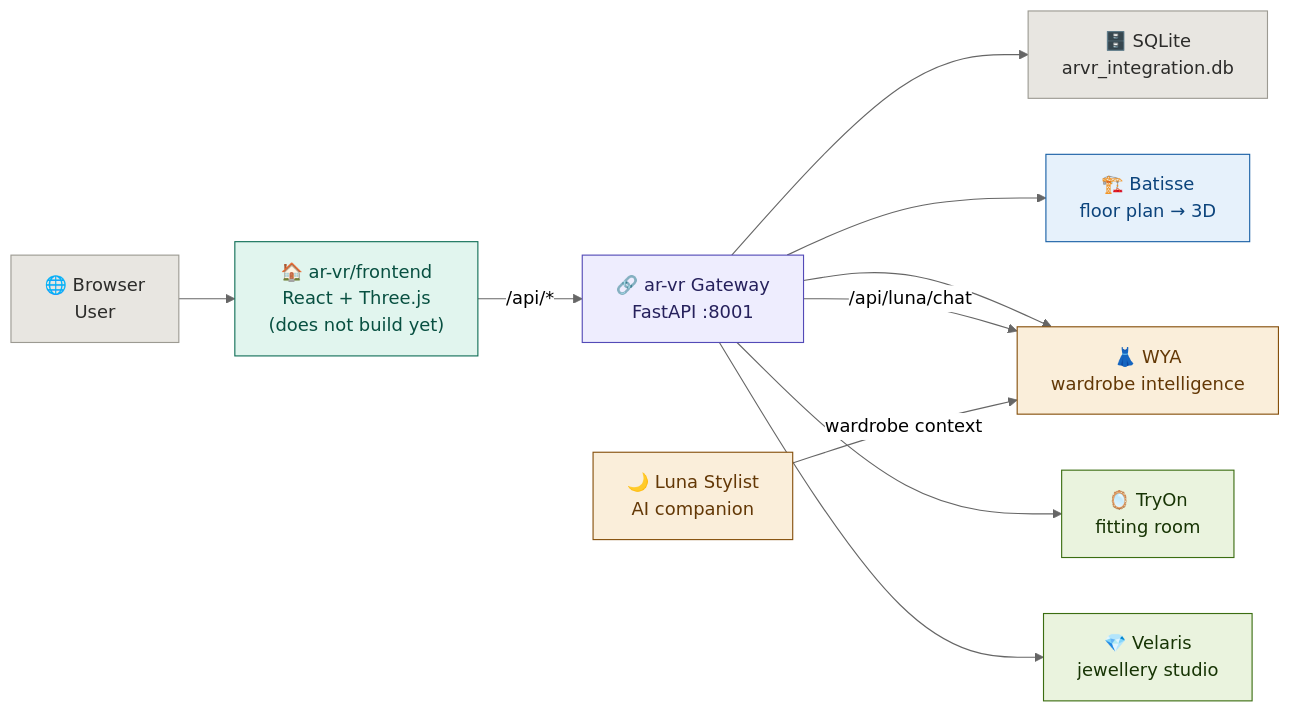
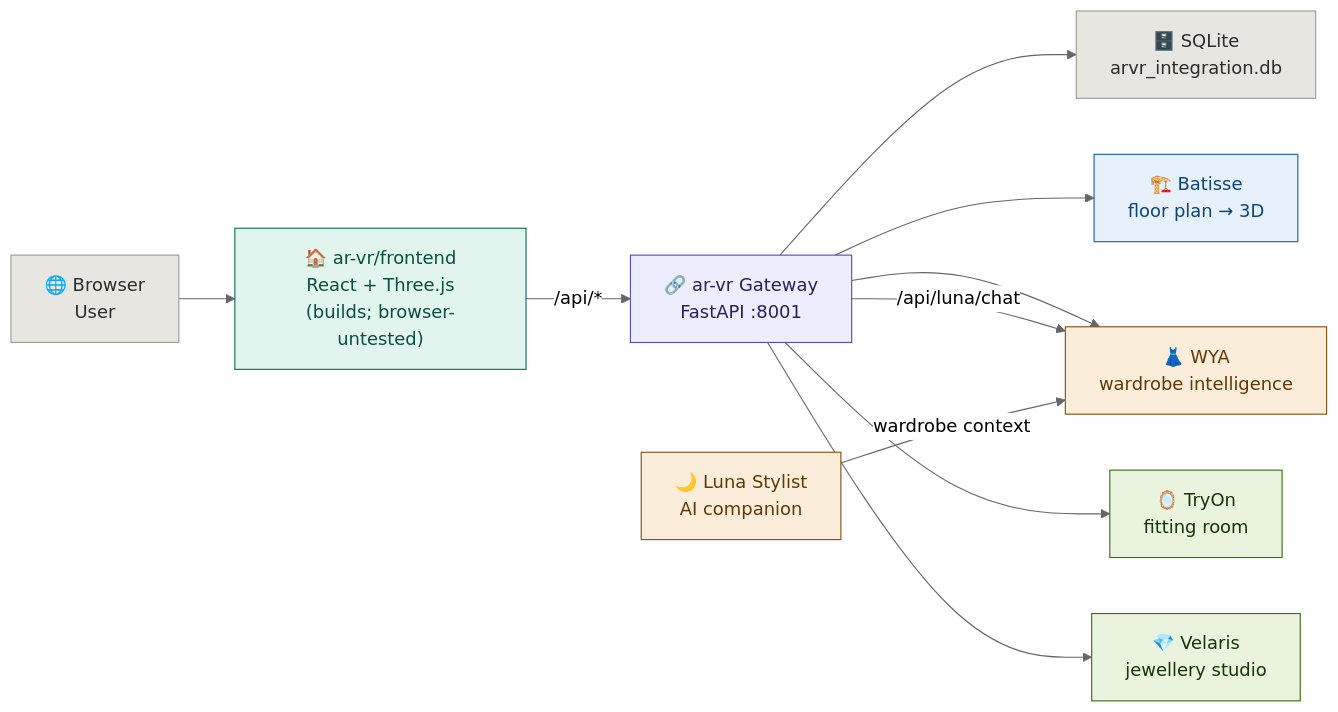
Before and after one commit to ria0304/ORVYNE: the diagram in README.md, drawn with Mermaid (neutral theme). The commit also changed other lines of this file, not shown here.

````diff
--- a/README.md
+++ b/README.md
@@ -193,29 +193,29 @@
 ```mermaid
 flowchart LR
     A["🌐 Browser<br/>User"]:::gray
-    B["🏠 ar-vr/frontend<br/>React + Three.js<br/>(does not build yet)"]:::teal
+    B["🏠 ar-vr/frontend<br/>React + Three.js<br/>(builds; browser-untested)"]:::teal
     C["🔗 ar-vr Gateway<br/>FastAPI :8001"]:::purple
     D["🗄️ SQLite<br/>arvr_integration.db"]:::gray
     E["🏗️ Batisse<br/>floor plan → 3D"]:::blue
     F["👗 WYA<br/>wardrobe intelligence"]:::amber
     G["🪞 TryOn<br/>fitting room"]:::green
     H["💎 Velaris<br/>jewellery studio"]:::green
     I["🌙 Luna Stylist<br/>AI companion"]:::amber
 
     A --> B
     B -->|"/api/*"| C
     C --> D
     C --> E
     C --> F
     C --> G
     C --> H
     C -->|"/api/luna/chat"| F
     I -->|"wardrobe context"| F
 
     classDef gray   fill:#e8e6e1,stroke:#9c9a92,color:#2C2C2A
     classDef teal   fill:#E1F5EE,stroke:#0F6E56,color:#085041
     classDef blue   fill:#E6F1FB,stroke:#185FA5,color:#0C447C
     classDef amber  fill:#FAEEDA,stroke:#854F0B,color:#633806
     classDef purple fill:#EEEDFE,stroke:#534AB7,color:#26215C
     classDef green  fill:#EAF3DE,stroke:#3B6D11,color:#173404
 ```
````
